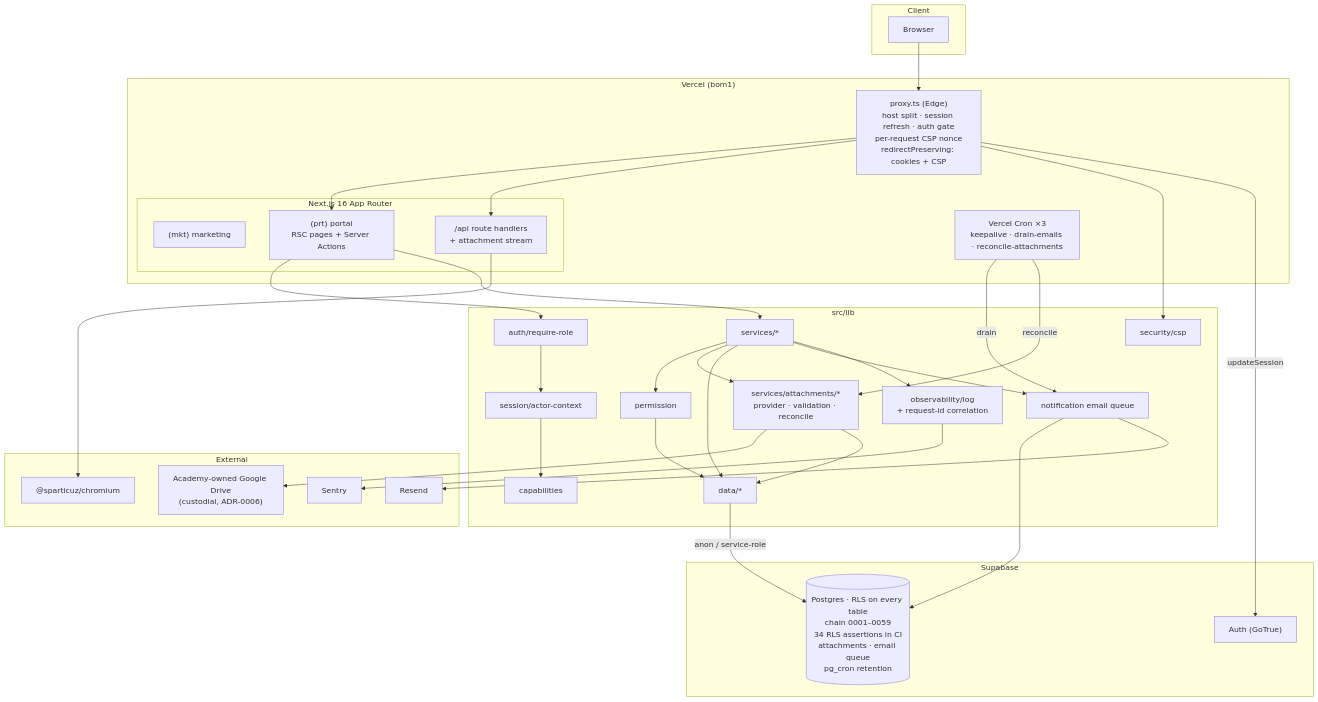
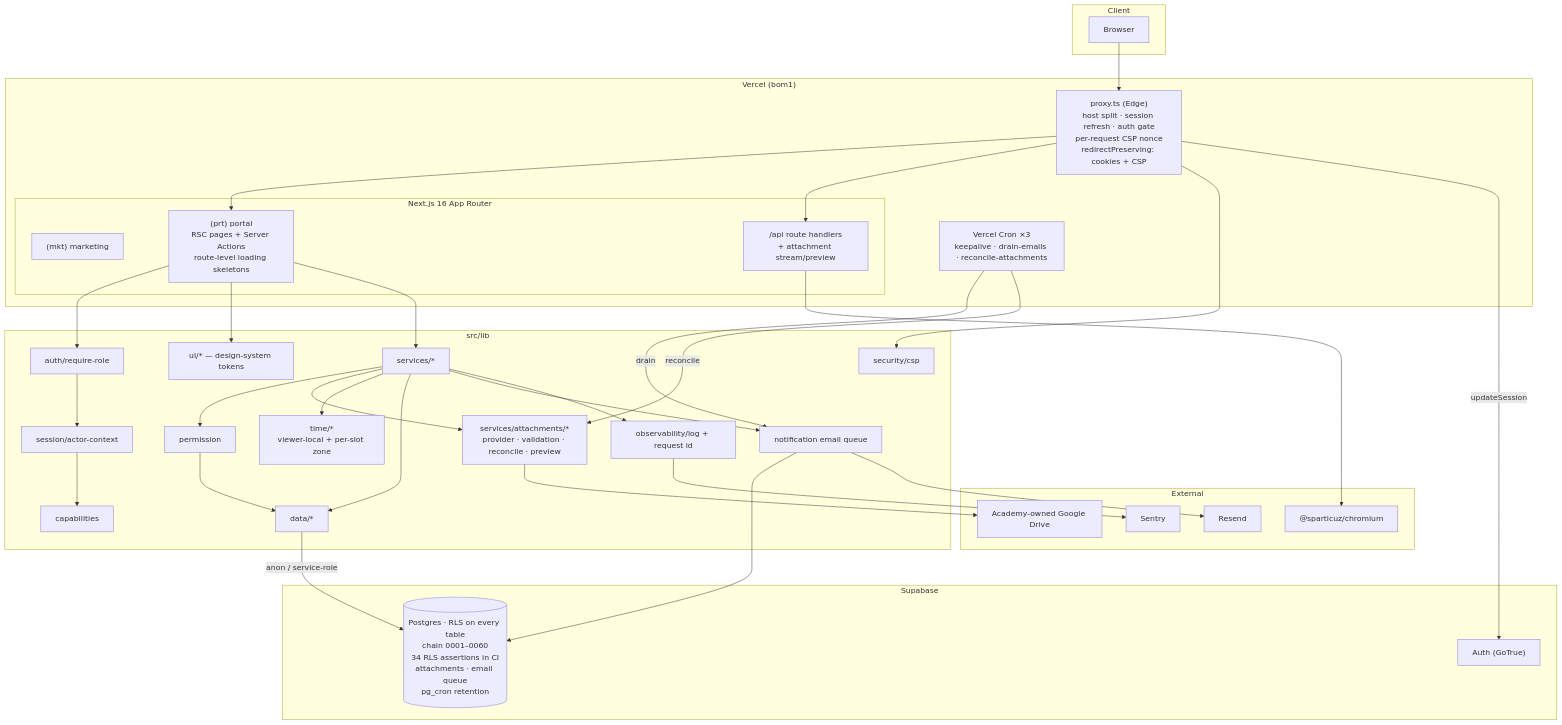
One commit to shamil3ilm/certed-test changed the diagram in docs/qa/2026-08-03-architecture-audit.md. Above: the diagram before and after it, drawn with Mermaid. The commit also changed other lines of this file and 1 other file, not shown here.

First line of the commit message:
docs(qa): add 2026-08-13 production-readiness audit; refresh architecture audit

````diff
--- a/docs/qa/2026-08-03-architecture-audit.md
+++ b/docs/qa/2026-08-03-architecture-audit.md
@@ -163,66 +156,69 @@
 ```mermaid
 flowchart TB
   subgraph Client
     B[Browser]
   end
 
   subgraph Vercel["Vercel (bom1)"]
     MW["proxy.ts (Edge)<br/>host split · session refresh · auth gate<br/>per-request CSP nonce<br/>redirectPreserving: cookies + CSP"]
     subgraph Next["Next.js 16 App Router"]
       MKT["(mkt) marketing"]
-      PRT["(prt) portal<br/>RSC pages + Server Actions"]
-      API["/api route handlers<br/>+ attachment stream"]
+      PRT["(prt) portal<br/>RSC pages + Server Actions<br/>route-level loading skeletons"]
+      API["/api route handlers<br/>+ attachment stream/preview"]
     end
     CRON["Vercel Cron ×3<br/>keepalive · drain-emails · reconcile-attachments"]
   end
 
   subgraph Domain["src/lib"]
     GUARD["auth/require-role"]
     ACTOR["session/actor-context"]
     CAP["capabilities"]
     PERM["permission"]
     SVC["services/*"]
-    ATT["services/attachments/*<br/>provider · validation · reconcile"]
+    ATT["services/attachments/*<br/>provider · validation · reconcile · preview"]
+    TIME["time/*<br/>viewer-local + per-slot zone"]
+    UI["ui/* — design-system tokens"]
     DATA["data/*"]
-    OBS["observability/log<br/>+ request-id correlation"]
+    OBS["observability/log + request id"]
     QUEUE["notification email queue"]
     CSP["security/csp"]
   end
 
   subgraph Supabase
     AUTH["Auth (GoTrue)"]
-    PG[("Postgres · RLS on every table<br/>chain 0001–0059<br/>34 RLS assertions in CI<br/>attachments · email queue<br/>pg_cron retention")]
+    PG[("Postgres · RLS on every table<br/>chain 0001–0060<br/>34 RLS assertions in CI<br/>attachments · email queue<br/>pg_cron retention")]
   end
 
   subgraph External
-    GDRIVE["Academy-owned Google Drive<br/>(custodial, ADR-0006)"]
+    GDRIVE["Academy-owned Google Drive"]
     CHROME["@sparticuz/chromium"]
     RESEND["Resend"]
     SENTRY["Sentry"]
   end
 
   B --> MW
   MW --> PRT
   MW --> API
   MW --> CSP
   MW -->|updateSession| AUTH
   PRT --> GUARD
+  PRT --> UI
   GUARD --> ACTOR
   ACTOR --> CAP
   PRT --> SVC
   SVC --> PERM
   SVC --> ATT
+  SVC --> TIME
   SVC --> DATA
   SVC --> QUEUE
   SVC --> OBS
   ATT --> GDRIVE
-  ATT --> DATA
   QUEUE --> PG
   CRON -->|drain| QUEUE
   CRON -->|reconcile| ATT
   QUEUE --> RESEND
   OBS --> SENTRY
   PERM --> DATA
   DATA -->|"anon / service-role"| PG
   API --> CHROME
 ```
````
